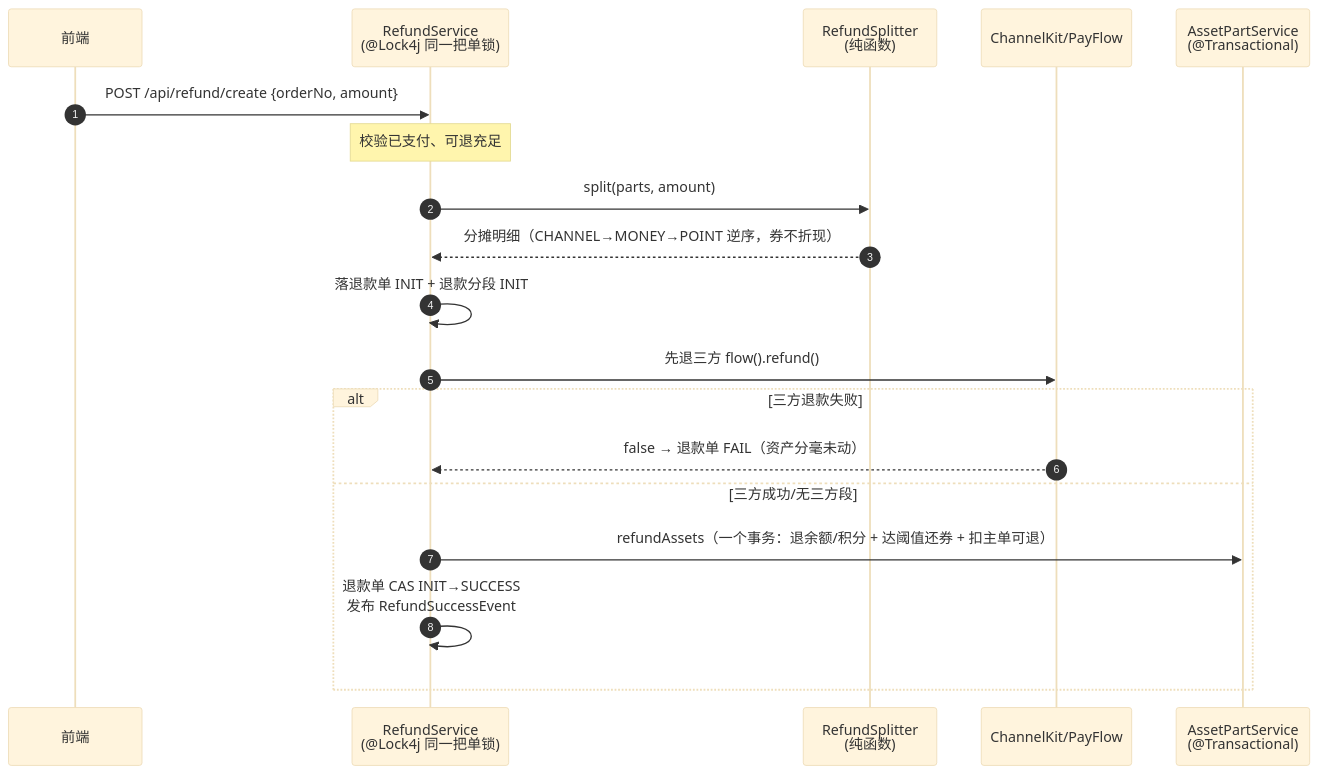
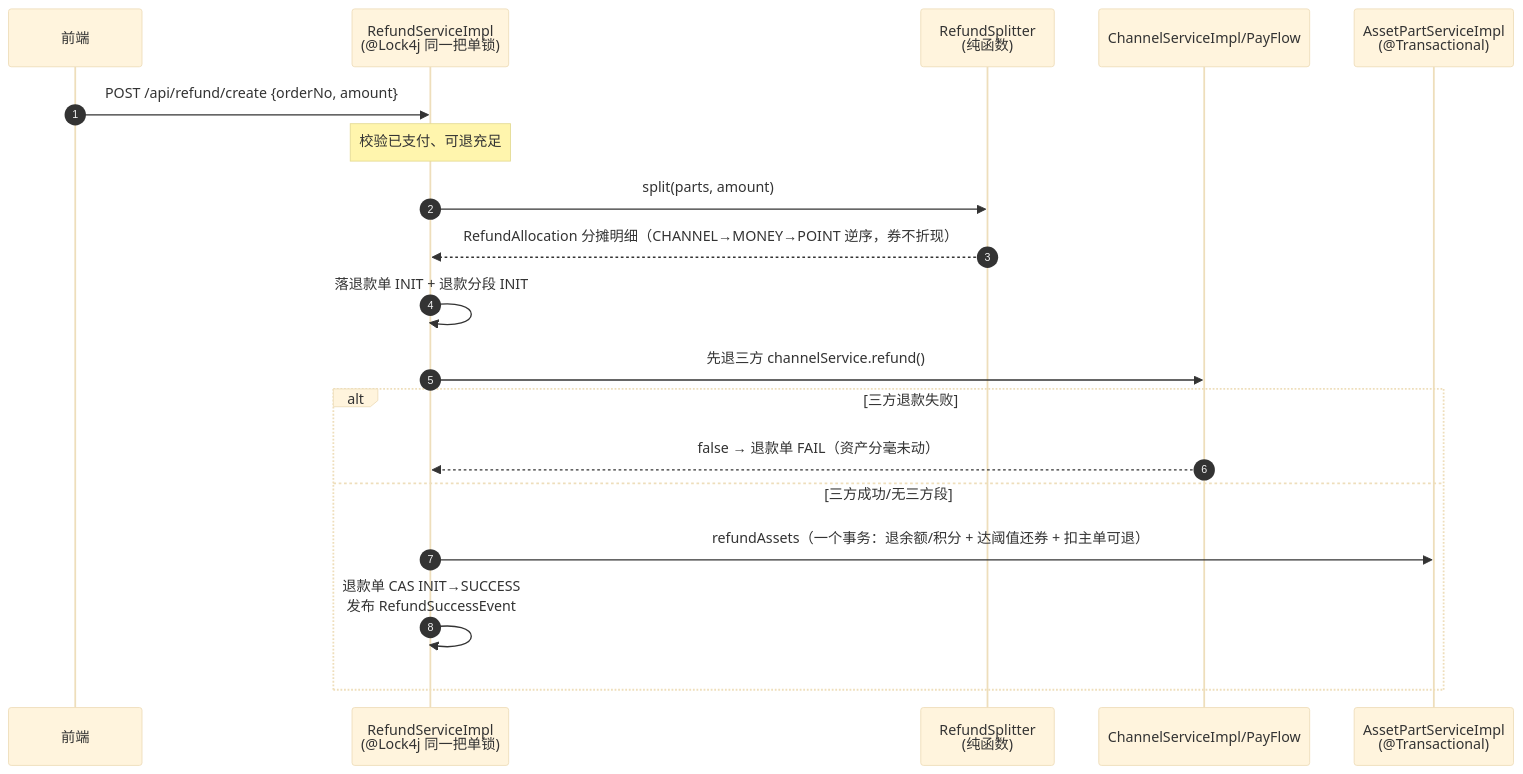
One commit to WLJDSG/wallet changed the third of 5 diagrams in README.md. Above: the diagram before and after it, drawn with Mermaid (base theme). The commit also changed other lines of this file and 187 other files, not shown here.

````diff
--- a/README.md
+++ b/README.md
@@ -281,22 +340,22 @@
 ```mermaid
 sequenceDiagram
     autonumber
     participant U as 前端
-    participant RS as RefundService<br/>(@Lock4j 同一把单锁)
+    participant RS as RefundServiceImpl<br/>(@Lock4j 同一把单锁)
     participant SP as RefundSplitter<br/>(纯函数)
-    participant K as ChannelKit/PayFlow
-    participant AS as AssetPartService<br/>(@Transactional)
+    participant K as ChannelServiceImpl/PayFlow
+    participant AS as AssetPartServiceImpl<br/>(@Transactional)
 
     U->>RS: POST /api/refund/create {orderNo, amount}
     Note over RS: 校验已支付、可退充足
     RS->>SP: split(parts, amount)
-    SP-->>RS: 分摊明细（CHANNEL→MONEY→POINT 逆序，券不折现）
+    SP-->>RS: RefundAllocation 分摊明细（CHANNEL→MONEY→POINT 逆序，券不折现）
     RS->>RS: 落退款单 INIT + 退款分段 INIT
-    RS->>K: 先退三方 flow().refund()
+    RS->>K: 先退三方 channelService.refund()
     alt 三方退款失败
         K-->>RS: false → 退款单 FAIL（资产分毫未动）
     else 三方成功/无三方段
         RS->>AS: refundAssets（一个事务：退余额/积分 + 达阈值还券 + 扣主单可退）
         RS->>RS: 退款单 CAS INIT→SUCCESS<br/>发布 RefundSuccessEvent
     end
 ```
````
